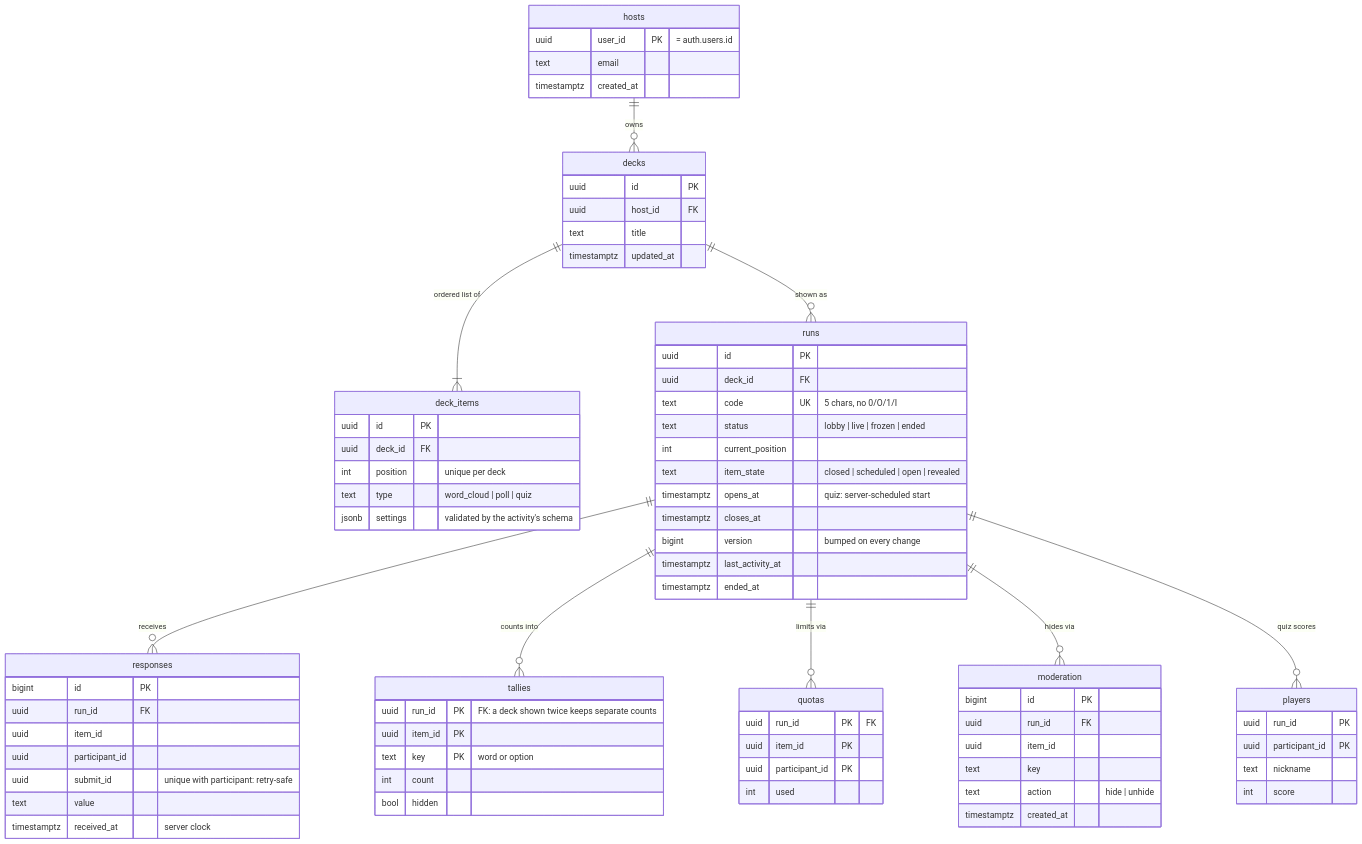
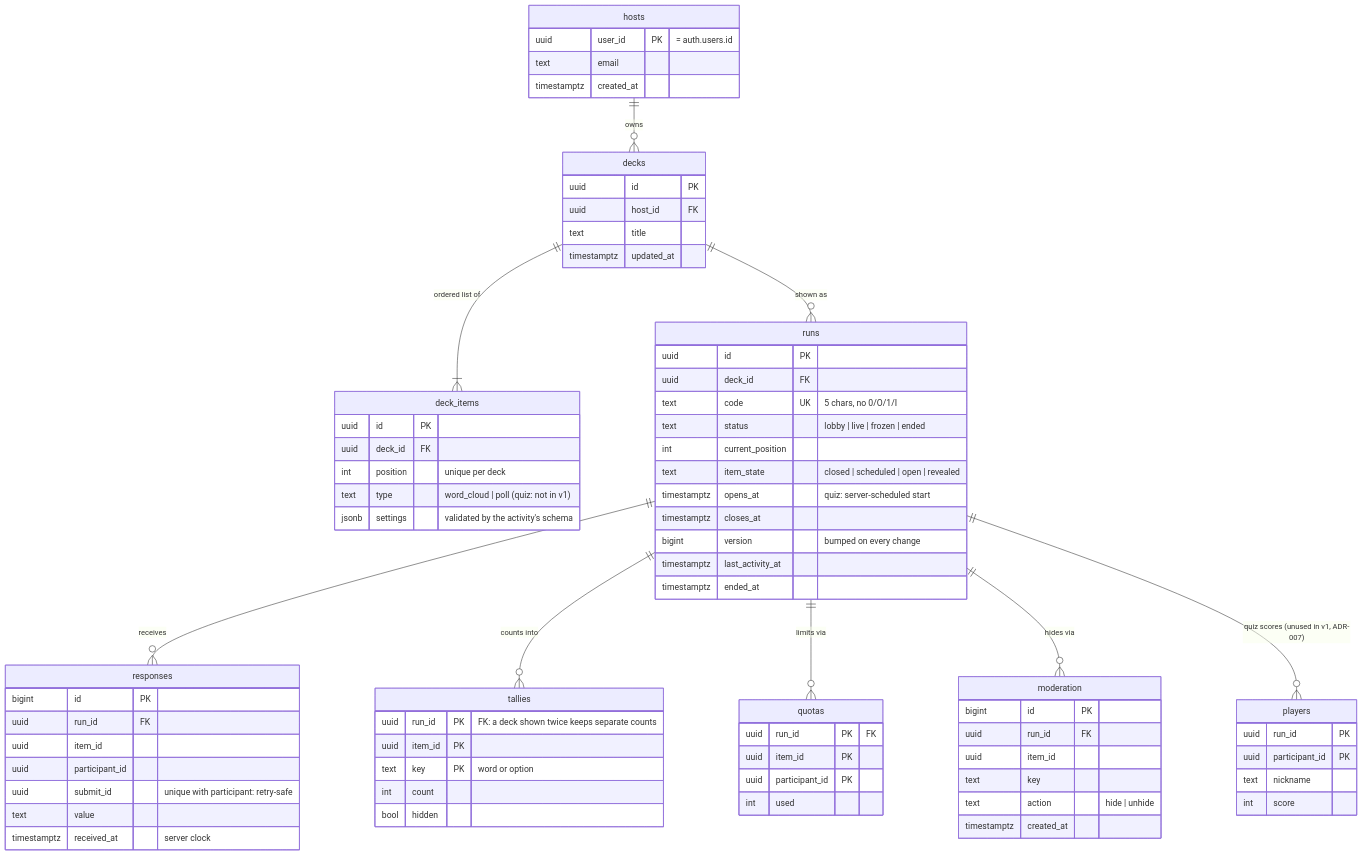
One commit to shahil1dn/volley changed the sixth of 10 diagrams in docs/ARCHITECTURE.md. Above: the diagram before and after it, drawn with Mermaid. The commit also changed other lines of this file and 3 other files, not shown here.

First line of the commit message:
docs: accept a ~15 calls/s state budget, and ship word cloud and poll only (ADR-007)

````diff
--- a/docs/ARCHITECTURE.md
+++ b/docs/ARCHITECTURE.md
@@ -124,79 +121,79 @@
 ```mermaid
 erDiagram
   hosts ||--o{ decks : owns
   decks ||--|{ deck_items : "ordered list of"
   decks ||--o{ runs : "shown as"
   runs ||--o{ responses : receives
   runs ||--o{ tallies : "counts into"
   runs ||--o{ quotas : "limits via"
   runs ||--o{ moderation : "hides via"
-  runs ||--o{ players : "quiz scores"
+  runs ||--o{ players : "quiz scores (unused in v1, ADR-007)"
 
   hosts {
     uuid user_id PK "= auth.users.id"
     text email
     timestamptz created_at
   }
   decks {
     uuid id PK
     uuid host_id FK
     text title
     timestamptz updated_at
   }
   deck_items {
     uuid id PK
     uuid deck_id FK
     int position "unique per deck"
-    text type "word_cloud | poll | quiz"
+    text type "word_cloud | poll (quiz: not in v1)"
     jsonb settings "validated by the activity's schema"
   }
   runs {
     uuid id PK
     uuid deck_id FK
     text code UK "5 chars, no 0/O/1/I"
     text status "lobby | live | frozen | ended"
     int current_position
     text item_state "closed | scheduled | open | revealed"
     timestamptz opens_at "quiz: server-scheduled start"
     timestamptz closes_at
     bigint version "bumped on every change"
     timestamptz last_activity_at
     timestamptz ended_at
   }
   responses {
     bigint id PK
     uuid run_id FK
     uuid item_id
     uuid participant_id
     uuid submit_id "unique with participant: retry-safe"
     text value
     timestamptz received_at "server clock"
   }
   tallies {
     uuid run_id PK "FK: a deck shown twice keeps separate counts"
     uuid item_id PK
     text key PK "word or option"
     int count
     bool hidden
   }
   quotas {
     uuid run_id PK "FK"
     uuid item_id PK
     uuid participant_id PK
     int used
   }
   moderation {
     bigint id PK
     uuid run_id FK
     uuid item_id
     text key
     text action "hide | unhide"
     timestamptz created_at
   }
   players {
     uuid run_id PK
     uuid participant_id PK
     text nickname
     int score
   }
 ```
````
